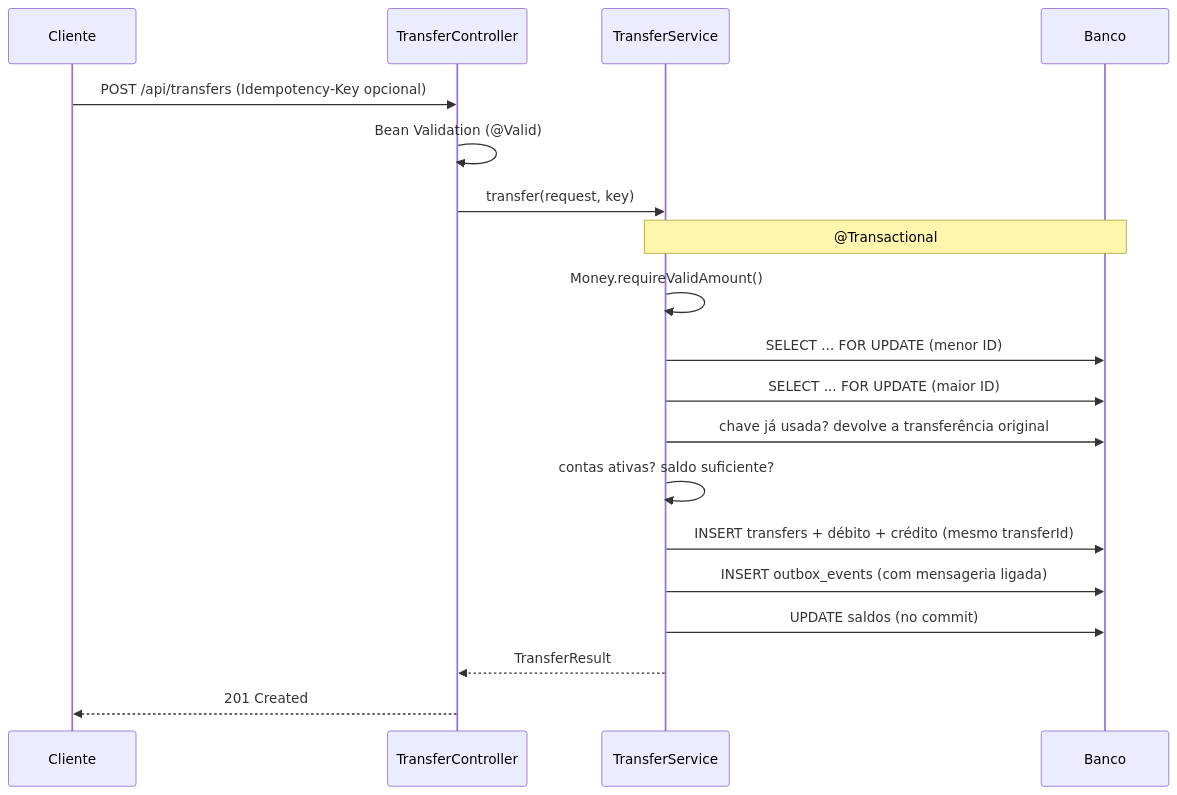
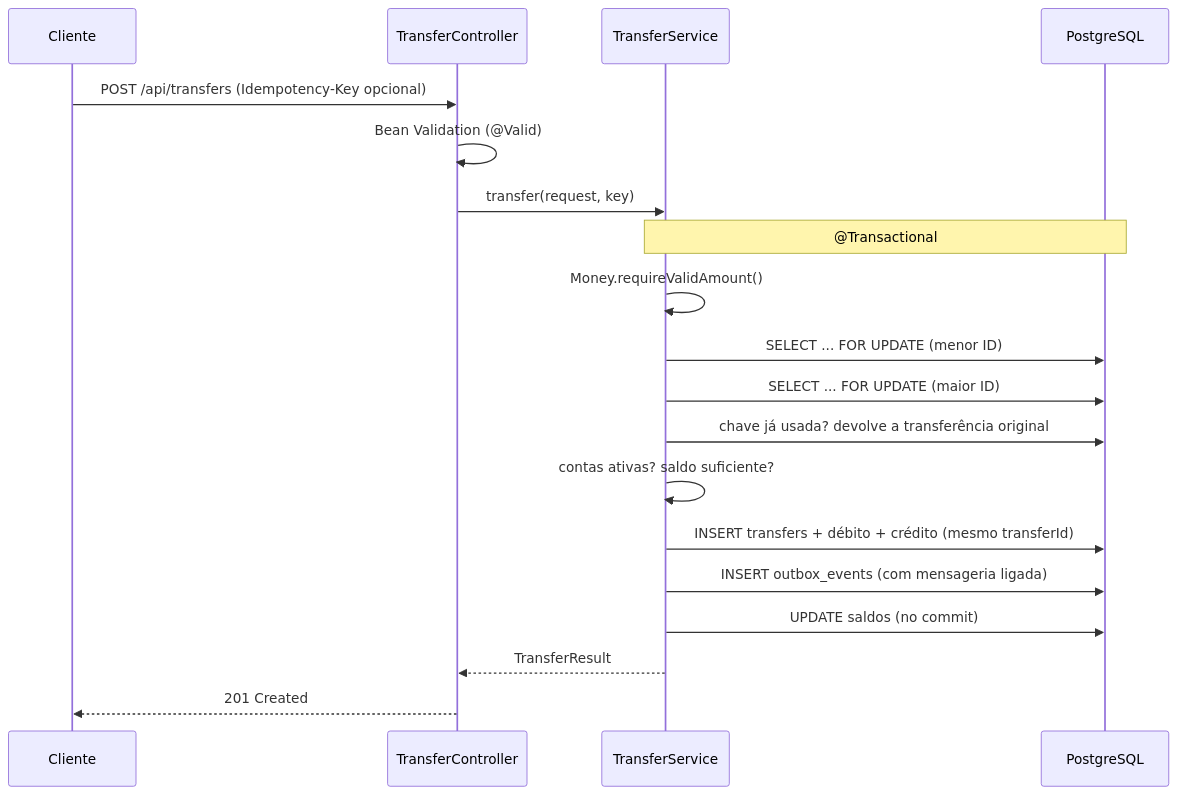
One commit to opablosilvaa21/bank-backend-practice changed the diagram in README.md. Above: the diagram before and after it, drawn with Mermaid. The commit also changed other lines of this file and 9 other files, not shown here.

````diff
--- a/README.md
+++ b/README.md
@@ -90,22 +179,22 @@
 ```mermaid
 sequenceDiagram
     participant C as Cliente
     participant TC as TransferController
     participant TS as TransferService
-    participant DB as Banco
+    participant DB as PostgreSQL
 
     C->>TC: POST /api/transfers (Idempotency-Key opcional)
     TC->>TC: Bean Validation (@Valid)
     TC->>TS: transfer(request, key)
     Note over TS,DB: @Transactional
     TS->>TS: Money.requireValidAmount()
     TS->>DB: SELECT ... FOR UPDATE (menor ID)
     TS->>DB: SELECT ... FOR UPDATE (maior ID)
     TS->>DB: chave já usada? devolve a transferência original
     TS->>TS: contas ativas? saldo suficiente?
     TS->>DB: INSERT transfers + débito + crédito (mesmo transferId)
     TS->>DB: INSERT outbox_events (com mensageria ligada)
     TS->>DB: UPDATE saldos (no commit)
     TS-->>TC: TransferResult
     TC-->>C: 201 Created
 ```
````
